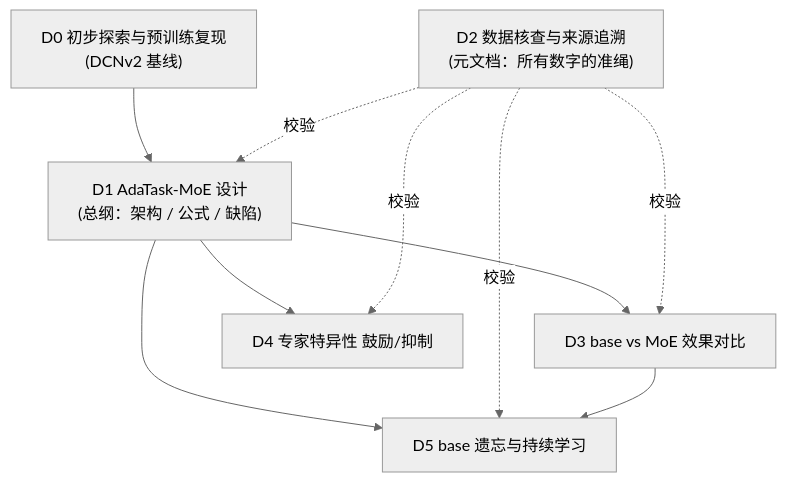
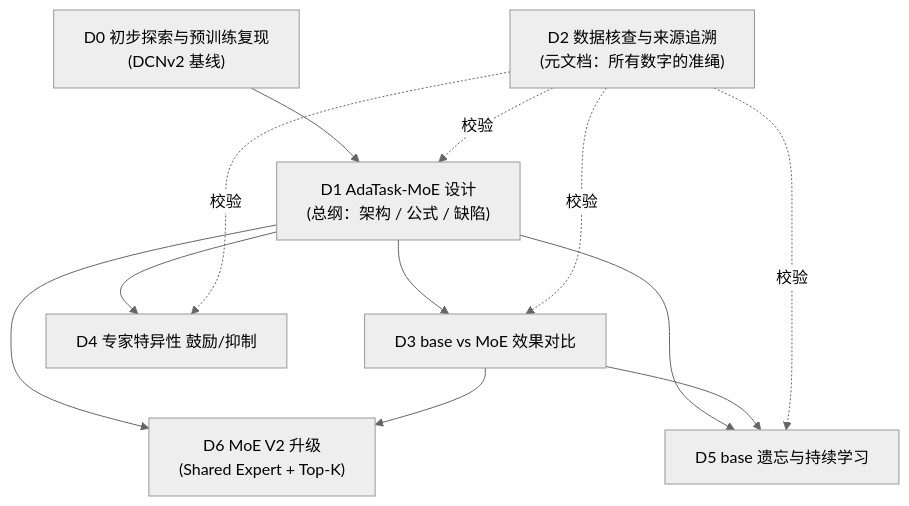
One commit to fabfish/LFM4Ads changed the diagram in docs/DRIVERS.md. Above: the diagram before and after it, drawn with Mermaid (neutral theme). The commit also changed other lines of this file and 7 other files, not shown here.

````diff
--- a/docs/DRIVERS.md
+++ b/docs/DRIVERS.md
@@ -33,19 +34,22 @@
 ```mermaid
 graph TD
     D2["D2 数据核查与来源追溯<br/>(元文档：所有数字的准绳)"]
     D1["D1 AdaTask-MoE 设计<br/>(总纲：架构 / 公式 / 缺陷)"]
     D0["D0 初步探索与预训练复现<br/>(DCNv2 基线)"]
     D3["D3 base vs MoE 效果对比"]
     D4["D4 专家特异性 鼓励/抑制"]
     D5["D5 base 遗忘与持续学习"]
+    D6["D6 MoE V2 升级<br/>(Shared Expert + Top-K)"]
 
     D0 --> D1
     D1 --> D3
     D1 --> D4
     D1 --> D5
+    D1 --> D6
+    D3 --> D6
+    D3 --> D5
     D2 -. 校验 .-> D3
     D2 -. 校验 .-> D4
     D2 -. 校验 .-> D5
     D2 -. 校验 .-> D1
-    D3 --> D5
 ```
````
